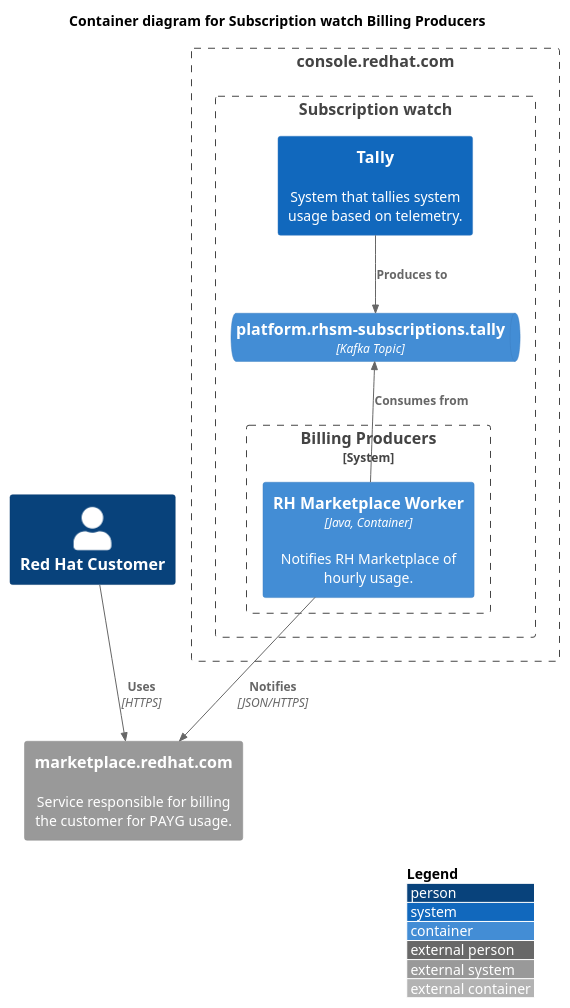
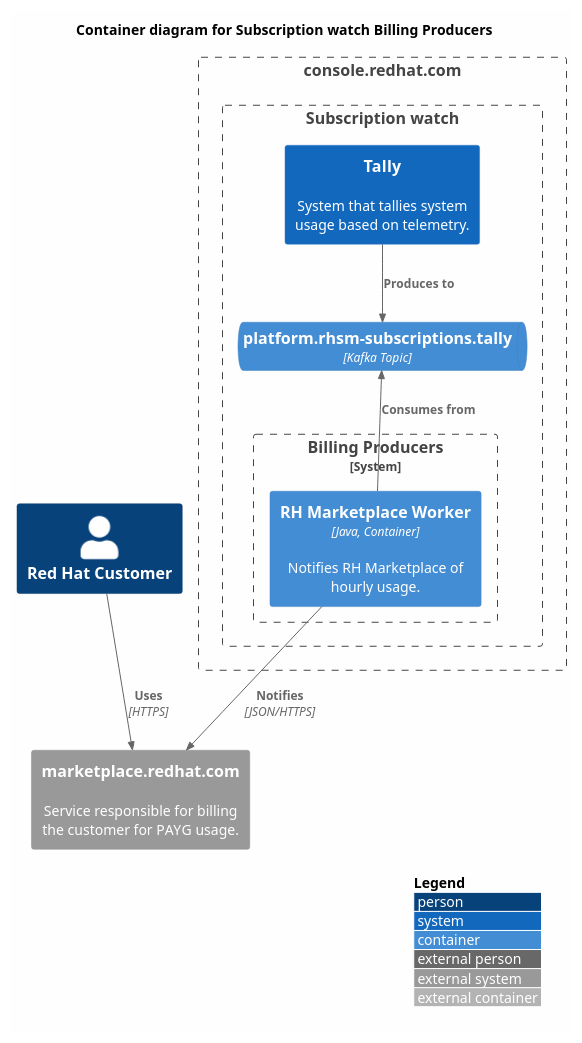
One commit to RedHatInsights/rhsm-subscriptions changed the diagram in docs/container-billing.puml. Above: the diagram before and after it, drawn with PlantUML. The commit also changed 17 other files, not shown here.

Commit message:
Use workaround to set background to "white"

```diff
--- a/docs/container-billing.puml
+++ b/docs/container-billing.puml
@@ -1,30 +1,33 @@
 @startuml
 !include <C4/C4_Container>
+
+' see https://forum.plantuml.net/8356/white-backgrounds-are-rendered-transparent-in-svg
+skinparam backgroundColor #FEFEFE
 
 LAYOUT_WITH_LEGEND()
 
 title Container diagram for Subscription watch Billing Producers
 
 Person(customer, "Red Hat Customer")
 
 Boundary(crc, console.redhat.com) {
   Boundary(swatch, "Subscription watch") {
     System(tally, "Tally", "System that tallies system usage based on telemetry.")
     ContainerQueue(tally_summaries, "platform.rhsm-subscriptions.tally", "Kafka Topic")
     System_Boundary(billing_producers, "Billing Producers") {
       Container(marketplace_worker, "RH Marketplace Worker", "Java, Container", "Notifies RH Marketplace of hourly usage.")
     }
   }
 }
 
 System_Ext(rh_marketplace, "marketplace.redhat.com", "Service responsible for billing the customer for PAYG usage.")
 
 ' tally process
 Rel(tally, tally_summaries, "Produces to")
 
 ' marketplace notification
 Rel_Back(tally_summaries, marketplace_worker, "Consumes from")
 Rel(marketplace_worker, rh_marketplace, "Notifies", "JSON/HTTPS")
 
 Rel(customer, rh_marketplace, "Uses", "HTTPS")
 @enduml
```
